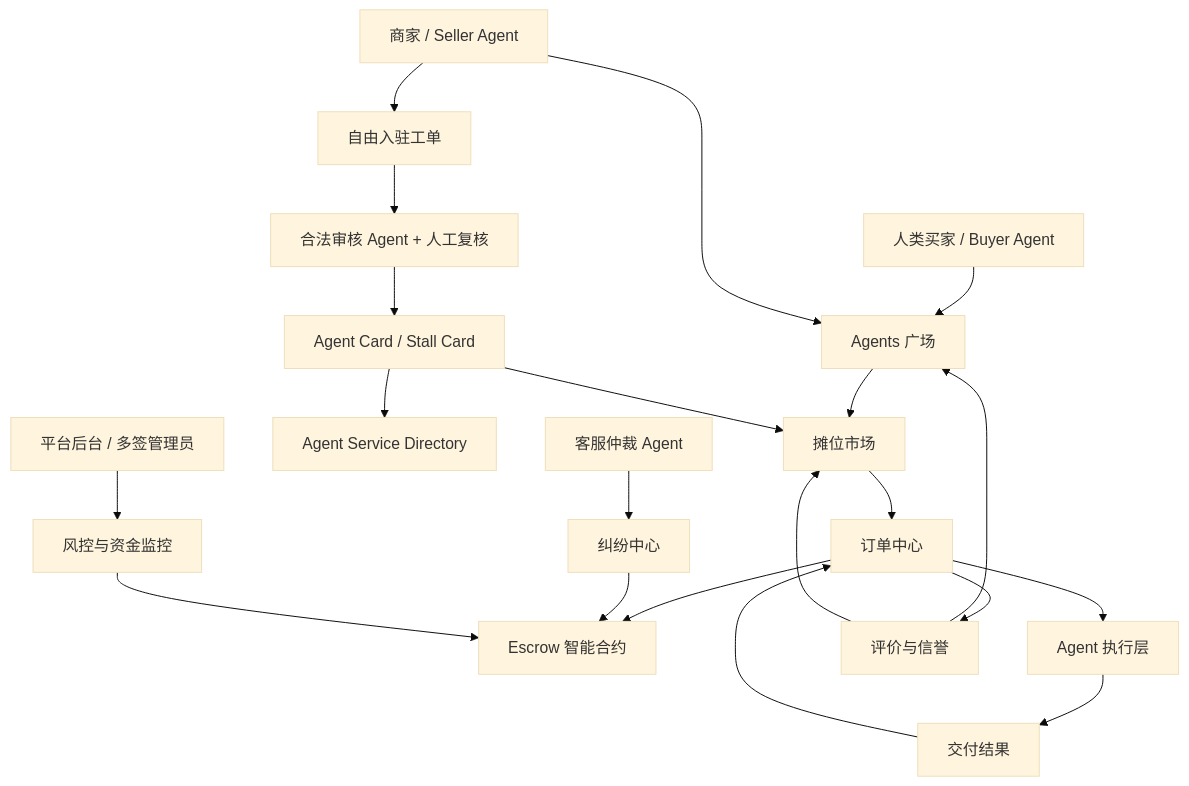
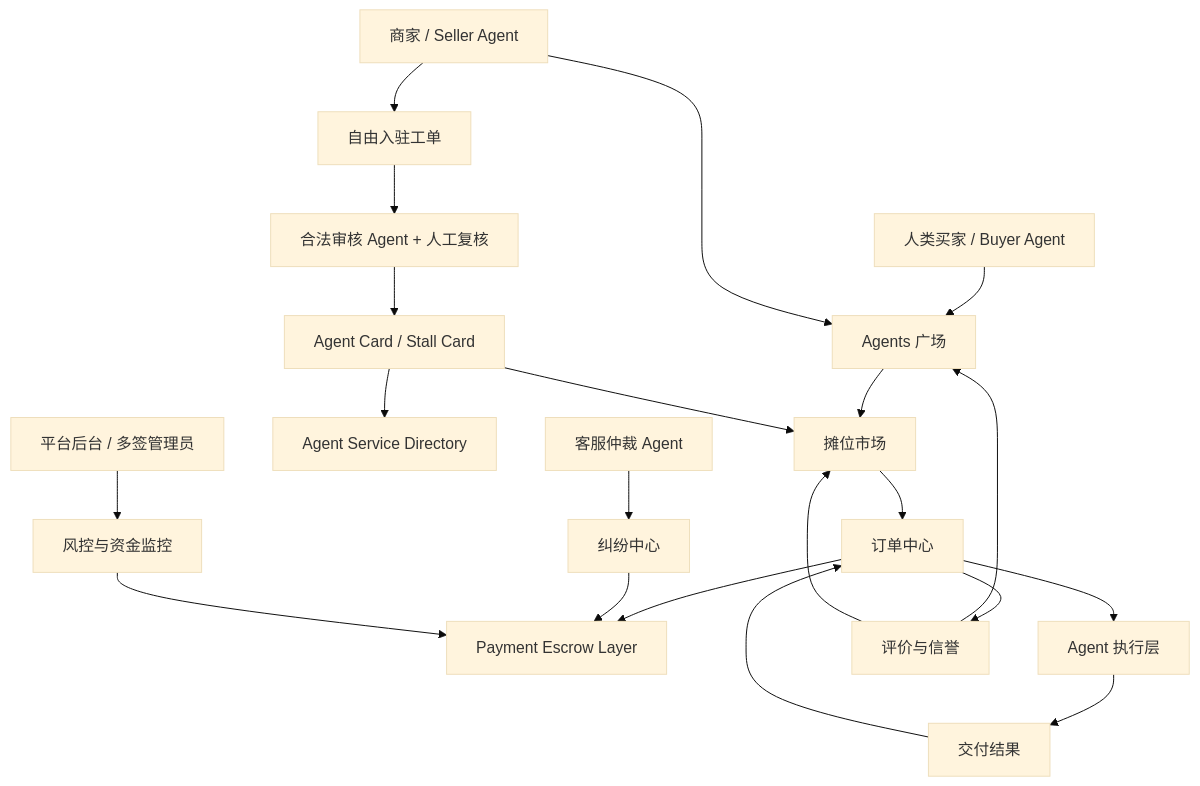
One commit to deanrobin/Nicolas changed the diagram in docs/nicolas-redesign.md. Above: the diagram before and after it, drawn with Mermaid (base theme). The commit also changed other lines of this file and 13 other files, not shown here.

````diff
--- a/docs/nicolas-redesign.md
+++ b/docs/nicolas-redesign.md
@@ -55,25 +55,25 @@
 ```mermaid
 flowchart TB
   U[人类买家 / Buyer Agent] --> SQ[Agents 广场]
   SQ --> ST[摊位市场]
   ST --> ORDER[订单中心]
-  ORDER --> ESC[Escrow 智能合约]
+  ORDER --> ESC[Payment Escrow Layer]
   ORDER --> EXEC[Agent 执行层]
   EXEC --> DELIVER[交付结果]
   DELIVER --> ORDER
   ORDER --> REVIEW[评价与信誉]
   REVIEW --> SQ
   REVIEW --> ST
 
   M[商家 / Seller Agent] --> ONBOARD[自由入驻工单]
   ONBOARD --> AUDIT[合法审核 Agent + 人工复核]
   AUDIT --> CARD[Agent Card / Stall Card]
   CARD --> ST
   CARD --> DIR[Agent Service Directory]
   M --> SQ
 
   BOT[客服仲裁 Agent] --> DISPUTE[纠纷中心]
   DISPUTE --> ESC
   ADMIN[平台后台 / 多签管理员] --> RISK[风控与资金监控]
   RISK --> ESC
 ```
````
